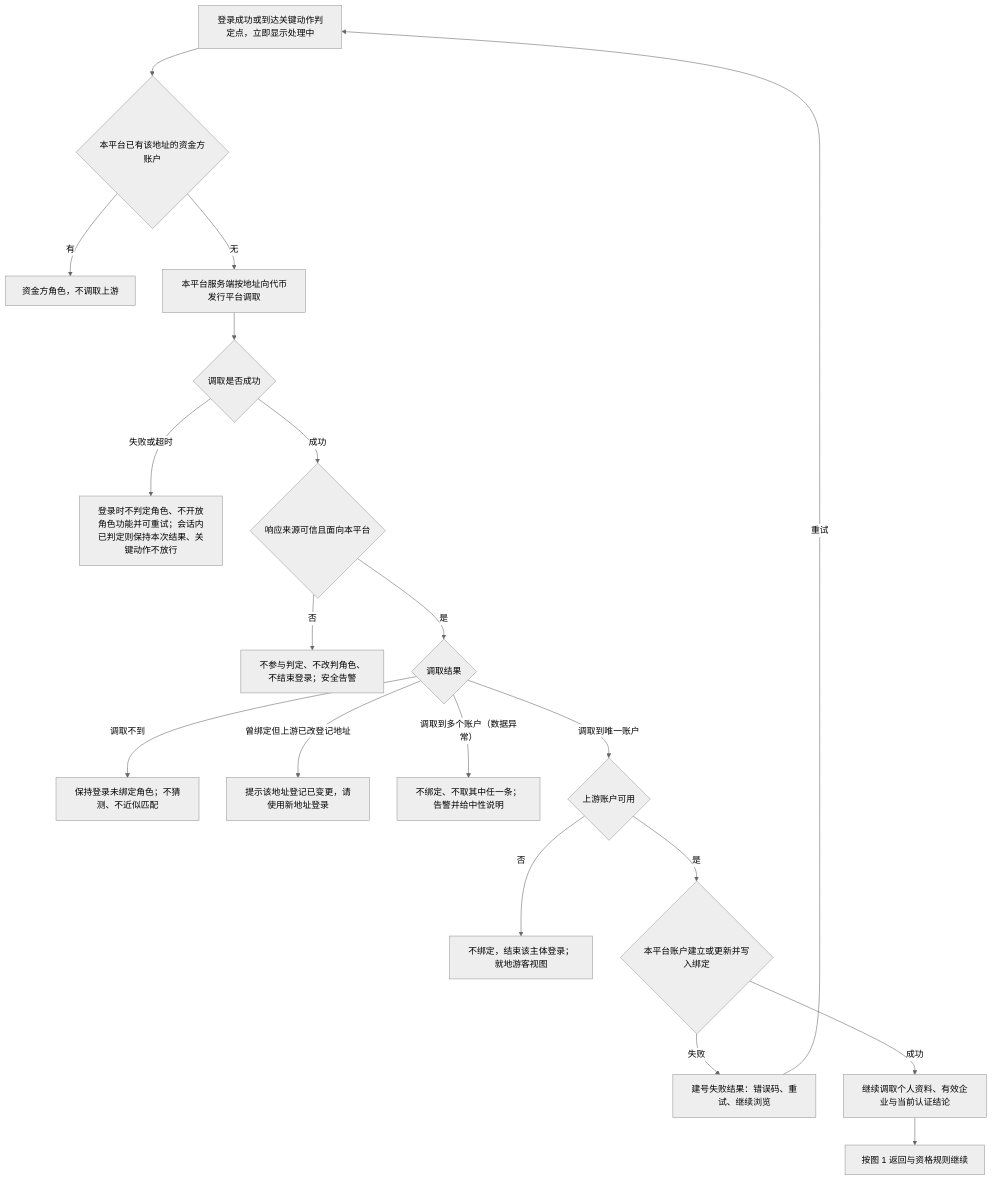
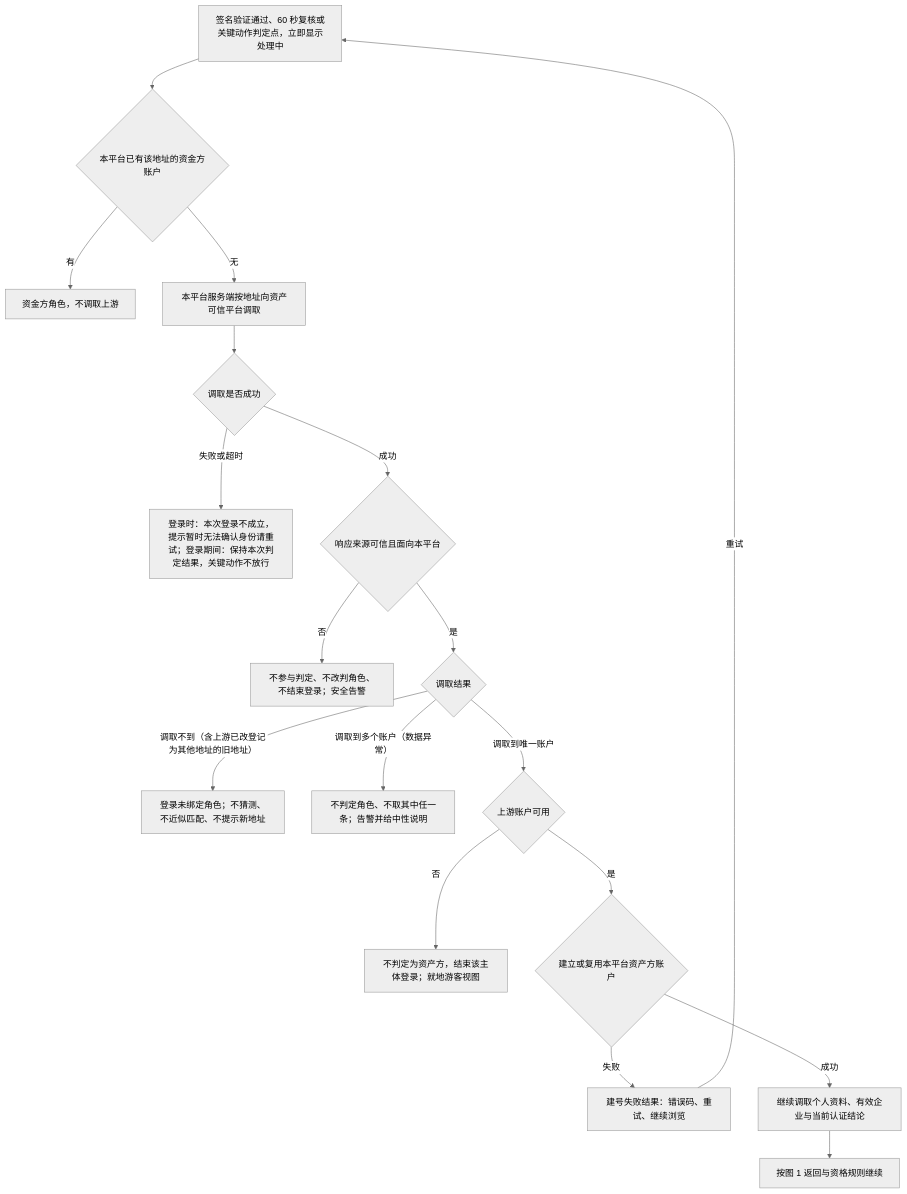
The second of 7 diagrams in lending-platform/PRD/面客端/01-登录主干与资产方SSO接入/02-登录主干与资产方SSO接入-流程图与状态机.md (wxblockchain/Chain-Financing), drawn with Mermaid (neutral theme) before and after one commit. The commit also changed other lines of this file and 11 other files, not shown here.

````diff
--- a/lending-platform/PRD/面客端/01-登录主干与资产方SSO接入/02-登录主干与资产方SSO接入-流程图与状态机.md
+++ b/lending-platform/PRD/面客端/01-登录主干与资产方SSO接入/02-登录主干与资产方SSO接入-流程图与状态机.md
@@ -44,21 +44,20 @@
 ```mermaid
 flowchart TD
-    START["登录成功或到达关键动作判定点，立即显示处理中"] --> FUND{"本平台已有该地址的资金方账户"}
+    START["签名验证通过、60 秒复核或关键动作判定点，立即显示处理中"] --> FUND{"本平台已有该地址的资金方账户"}
     FUND -->|有| ROLEF["资金方角色，不调取上游"]
-    FUND -->|无| CALL["本平台服务端按地址向代币发行平台调取"]
+    FUND -->|无| CALL["本平台服务端按地址向资产可信平台调取"]
     CALL --> OK{"调取是否成功"}
-    OK -->|失败或超时| KEEP["登录时不判定角色、不开放角色功能并可重试；会话内已判定则保持本次结果、关键动作不放行"]
+    OK -->|失败或超时| KEEP["登录时：本次登录不成立，提示暂时无法确认身份请重试；登录期间：保持本次判定结果，关键动作不放行"]
     OK -->|成功| SRC{"响应来源可信且面向本平台"}
     SRC -->|否| ALERT["不参与判定、不改判角色、不结束登录；安全告警"]
     SRC -->|是| MATCH{"调取结果"}
-    MATCH -->|调取不到| NONE["保持登录未绑定角色；不猜测、不近似匹配"]
-    MATCH -->|曾绑定但上游已改登记地址| OLD["提示该地址登记已变更，请使用新地址登录"]
-    MATCH -->|调取到多个账户（数据异常）| CONFLICT["不绑定、不取其中任一条；告警并给中性说明"]
+    MATCH -->|调取不到（含上游已改登记为其他地址的旧地址）| NONE["登录未绑定角色；不猜测、不近似匹配、不提示新地址"]
+    MATCH -->|调取到多个账户（数据异常）| CONFLICT["不判定角色、不取其中任一条；告警并给中性说明"]
     MATCH -->|调取到唯一账户| ACTIVE{"上游账户可用"}
-    ACTIVE -->|否| BLOCK["不绑定，结束该主体登录；就地游客视图"]
-    ACTIVE -->|是| BIND{"本平台账户建立或更新并写入绑定"}
+    ACTIVE -->|否| BLOCK["不判定为资产方，结束该主体登录；就地游客视图"]
+    ACTIVE -->|是| BIND{"建立或复用本平台资产方账户"}
     BIND -->|失败| ERROR["建号失败结果：错误码、重试、继续浏览"]
     BIND -->|成功| SYNC["继续调取个人资料、有效企业与当前认证结论"]
     SYNC --> LAND["按图 1 返回与资格规则继续"]
     ERROR -->|重试| START
 ```
````
